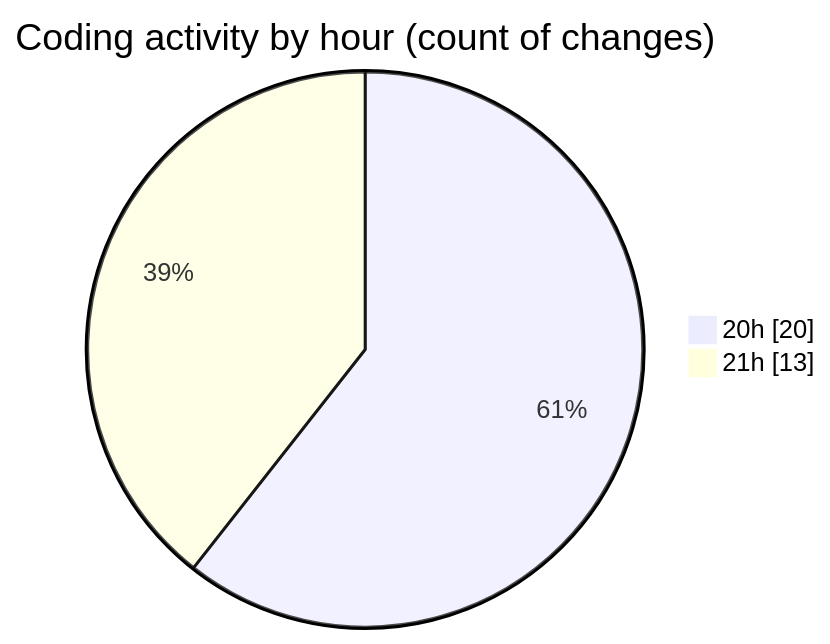
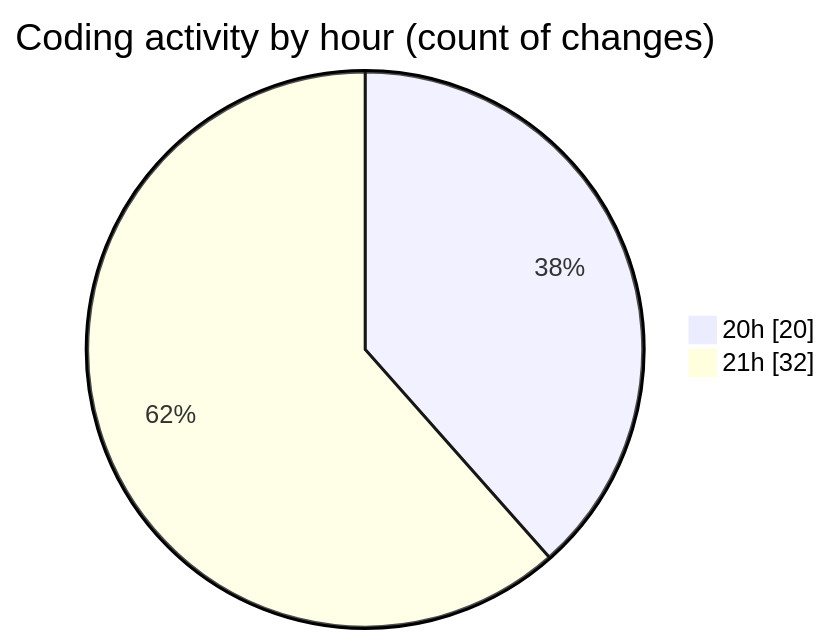
Before and after one commit to lephambinh05/code-tracking: the second of 2 diagrams in 2025-08-19/quytuthien_vn/README.md, drawn with Mermaid. The commit also changed other lines of this file and 1 other file, not shown here.

````diff
--- a/2025-08-19/quytuthien_vn/README.md
+++ b/2025-08-19/quytuthien_vn/README.md
@@ -60,6 +72,6 @@
 ```mermaid
 pie showData
 title Coding activity by hour (count of changes)
 "20h" : 20
-"21h" : 13
+"21h" : 32
 ```
````
